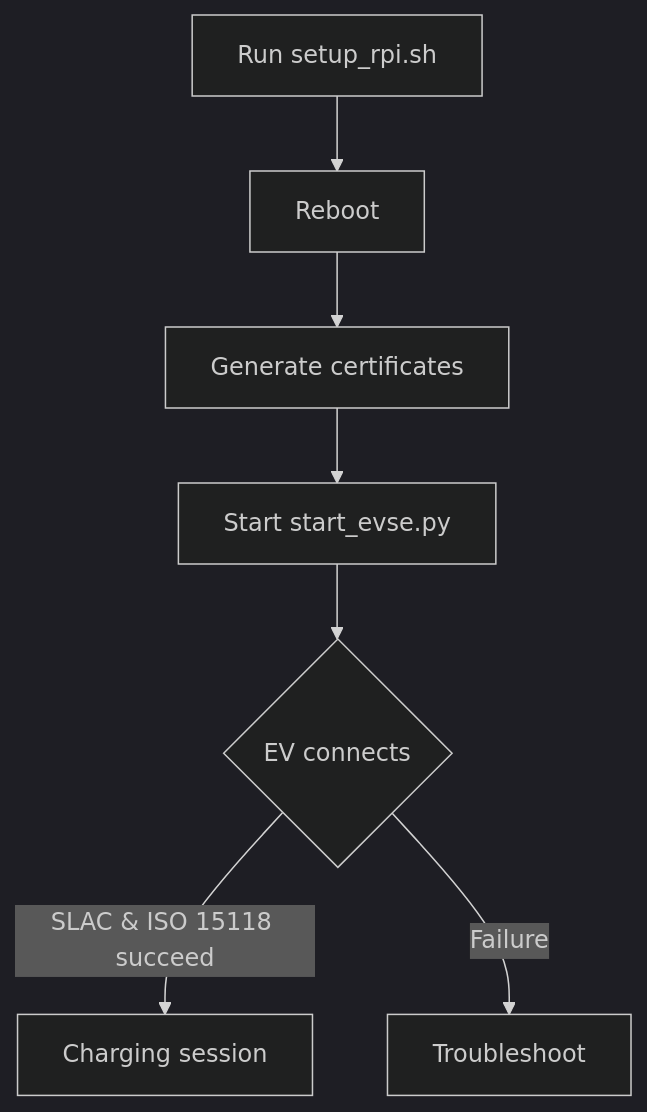
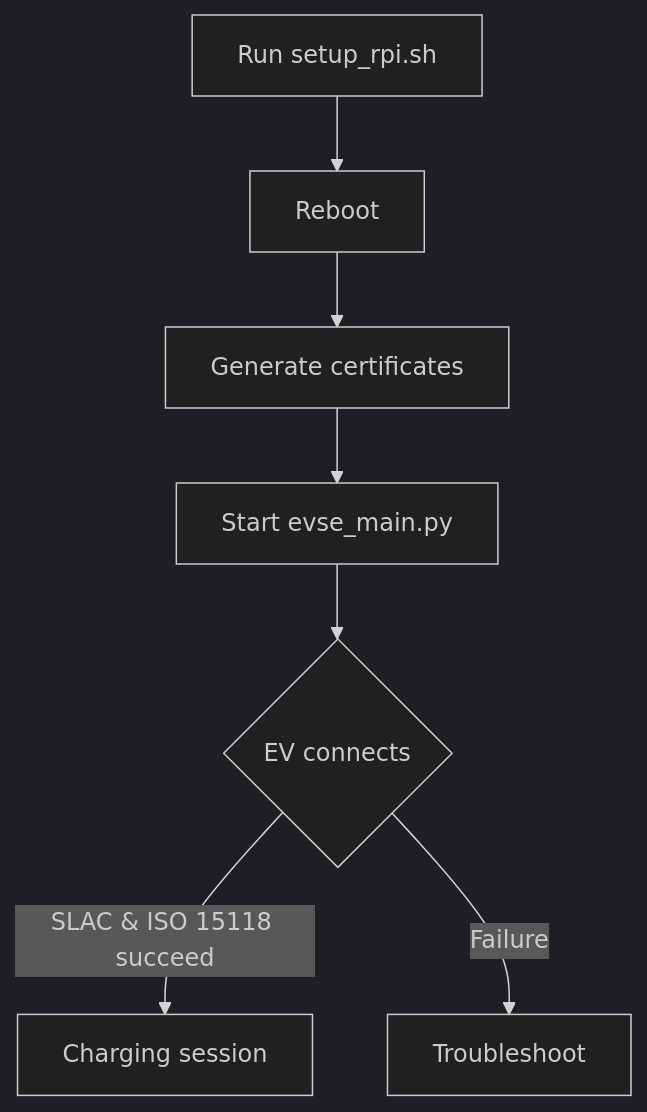
Before and after one commit to hyndex/DC-PLC-Madhurjya: the diagram in docs/plug_and_play.md, drawn with Mermaid (dark theme). The commit also changed other lines of this file and 1 other file, not shown here.

Commit message:
docs: reference evse_main startup

````diff
--- a/docs/plug_and_play.md
+++ b/docs/plug_and_play.md
@@ -47,9 +47,9 @@
 ```mermaid
 flowchart TD
     A[Run setup_rpi.sh] --> B[Reboot]
     B --> C[Generate certificates]
-    C --> D[Start start_evse.py]
+    C --> D[Start evse_main.py]
     D --> E{EV connects}
     E -->|SLAC & ISO 15118 succeed| F[Charging session]
     E -->|Failure| G[Troubleshoot]
 ```
````
